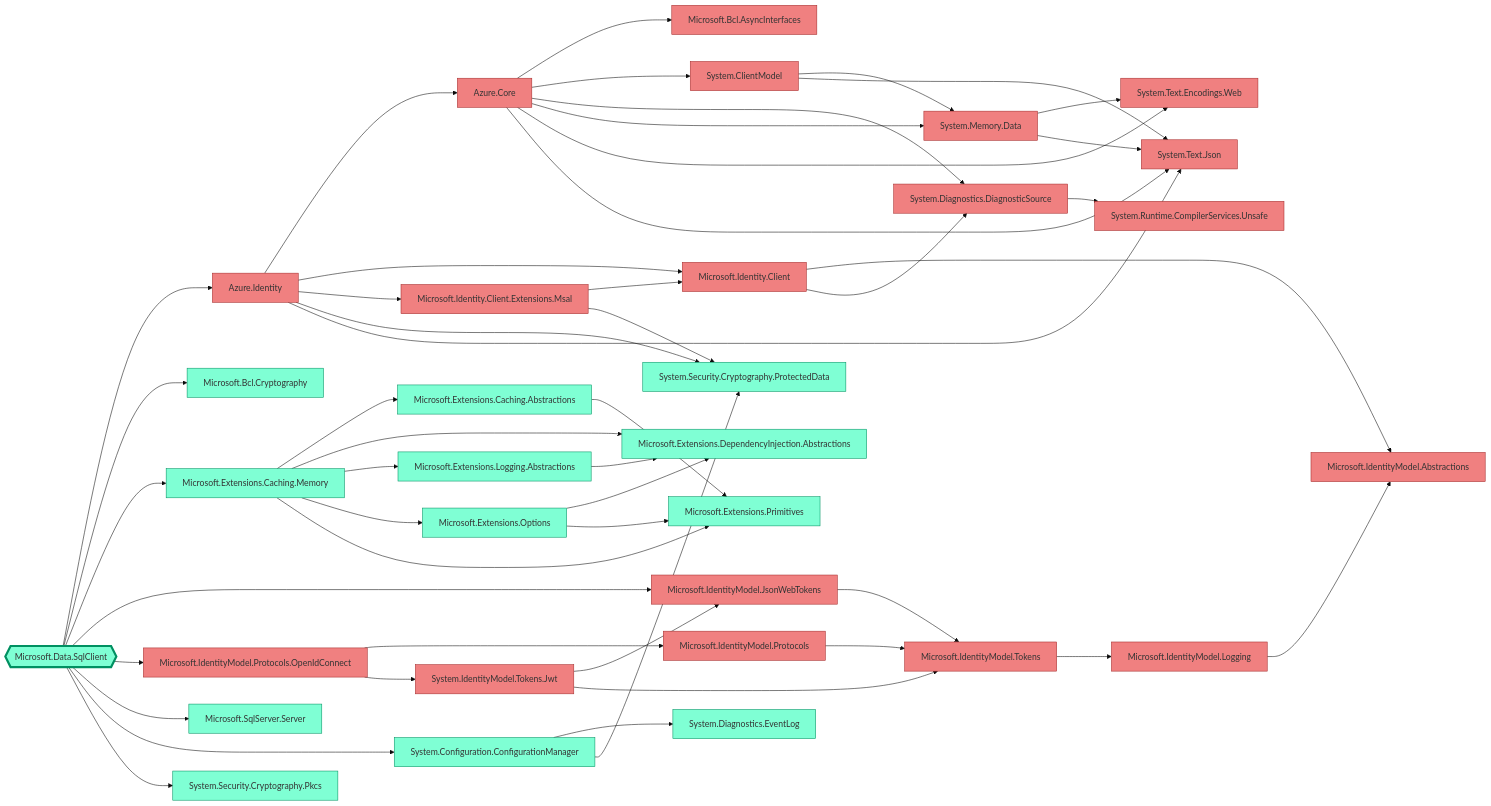
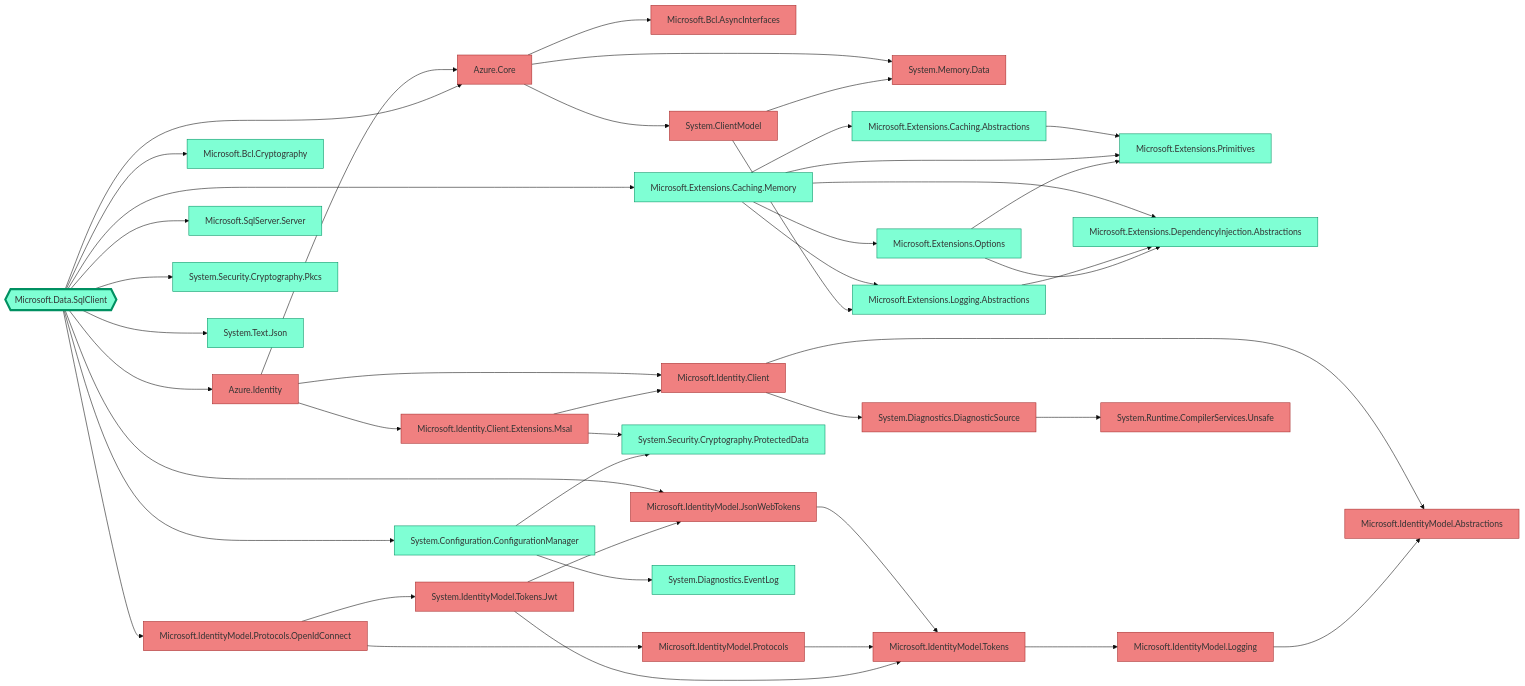
Before and after one commit to 0xced/Chisel: the third of 7 diagrams in README.md, drawn with Mermaid (base theme).

Commit message:
Update the Microsoft.Data.SqlClient dependency graph in the README
This matches version 6.1.1

````diff
--- a/README.md
+++ b/README.md
@@ -168,16 +168,12 @@
 
 Azure.Core --> Microsoft.Bcl.AsyncInterfaces
 Azure.Core --> System.ClientModel
-Azure.Core --> System.Diagnostics.DiagnosticSource
 Azure.Core --> System.Memory.Data
-Azure.Core --> System.Text.Encodings.Web
-Azure.Core --> System.Text.Json
 Azure.Identity --> Azure.Core
 Azure.Identity --> Microsoft.Identity.Client
 Azure.Identity --> Microsoft.Identity.Client.Extensions.Msal
-Azure.Identity --> System.Security.Cryptography.ProtectedData
-Azure.Identity --> System.Text.Json
-Microsoft.Data.SqlClient{{Microsoft.Data.SqlClient}} --> Azure.Identity
+Microsoft.Data.SqlClient{{Microsoft.Data.SqlClient}} --> Azure.Core
+Microsoft.Data.SqlClient --> Azure.Identity
 Microsoft.Data.SqlClient --> Microsoft.Bcl.Cryptography
 Microsoft.Data.SqlClient --> Microsoft.Extensions.Caching.Memory
 Microsoft.Data.SqlClient --> Microsoft.IdentityModel.JsonWebTokens
@@ -185,6 +181,7 @@
 Microsoft.Data.SqlClient --> Microsoft.SqlServer.Server
 Microsoft.Data.SqlClient --> System.Configuration.ConfigurationManager
 Microsoft.Data.SqlClient --> System.Security.Cryptography.Pkcs
+Microsoft.Data.SqlClient --> System.Text.Json
 Microsoft.Extensions.Caching.Abstractions --> Microsoft.Extensions.Primitives
 Microsoft.Extensions.Caching.Memory --> Microsoft.Extensions.Caching.Abstractions
 Microsoft.Extensions.Caching.Memory --> Microsoft.Extensions.DependencyInjection.Abstractions
@@ -204,15 +201,13 @@
 Microsoft.IdentityModel.Protocols.OpenIdConnect --> Microsoft.IdentityModel.Protocols
 Microsoft.IdentityModel.Protocols.OpenIdConnect --> System.IdentityModel.Tokens.Jwt
 Microsoft.IdentityModel.Tokens --> Microsoft.IdentityModel.Logging
+System.ClientModel --> Microsoft.Extensions.Logging.Abstractions
 System.ClientModel --> System.Memory.Data
-System.ClientModel --> System.Text.Json
 System.Configuration.ConfigurationManager --> System.Diagnostics.EventLog
 System.Configuration.ConfigurationManager --> System.Security.Cryptography.ProtectedData
 System.Diagnostics.DiagnosticSource --> System.Runtime.CompilerServices.Unsafe
 System.IdentityModel.Tokens.Jwt --> Microsoft.IdentityModel.JsonWebTokens
 System.IdentityModel.Tokens.Jwt --> Microsoft.IdentityModel.Tokens
-System.Memory.Data --> System.Text.Encodings.Web
-System.Memory.Data --> System.Text.Json
 
 class Azure.Core removed
 class Azure.Identity removed
@@ -244,6 +239,5 @@
 class System.Runtime.CompilerServices.Unsafe removed
 class System.Security.Cryptography.Pkcs default
 class System.Security.Cryptography.ProtectedData default
-class System.Text.Encodings.Web removed
-class System.Text.Json removed
+class System.Text.Json default
 ```
````
